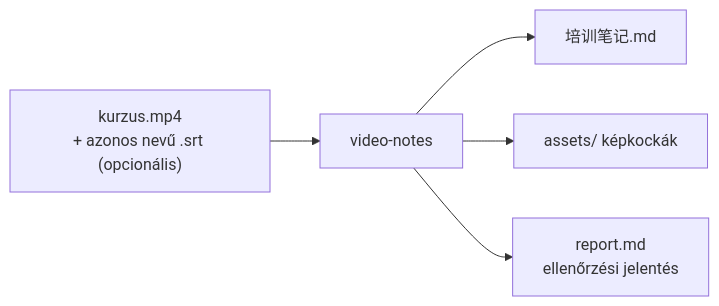
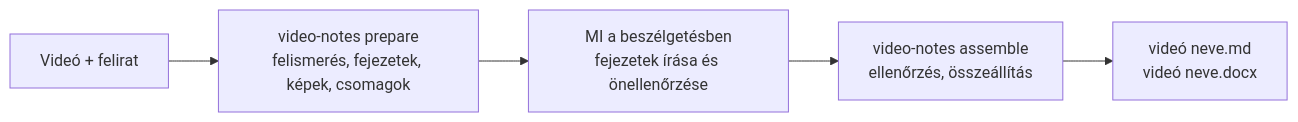
One commit to songyang8964/video-notes changed the diagram in README.hu.md. Above: the diagram before and after it, drawn with Mermaid. The commit also changed other lines of this file and 22 other files, not shown here.

First line of the commit message:
Agent mode only: remove the automatic mode; notes named after the video, with a Word copy

````diff
--- a/README.hu.md
+++ b/README.hu.md
@@ -30,7 +28,7 @@
 ```mermaid
 flowchart LR
-    A["kurzus.mp4<br/>+ azonos nevű .srt (opcionális)"] --> B["video-notes"]
-    B --> C["培训笔记.md"]
-    B --> D["assets/ képkockák"]
-    B --> E["report.md<br/>ellenőrzési jelentés"]
+    V["Videó + felirat"] --> P["video-notes prepare<br/>felismerés, fejezetek, képek, csomagok"]
+    P --> A["MI a beszélgetésben<br/>fejezetek írása és önellenőrzése"]
+    A --> S["video-notes assemble<br/>ellenőrzés, összeállítás"]
+    S --> O["videó neve.md<br/>videó neve.docx"]
 ```
````
